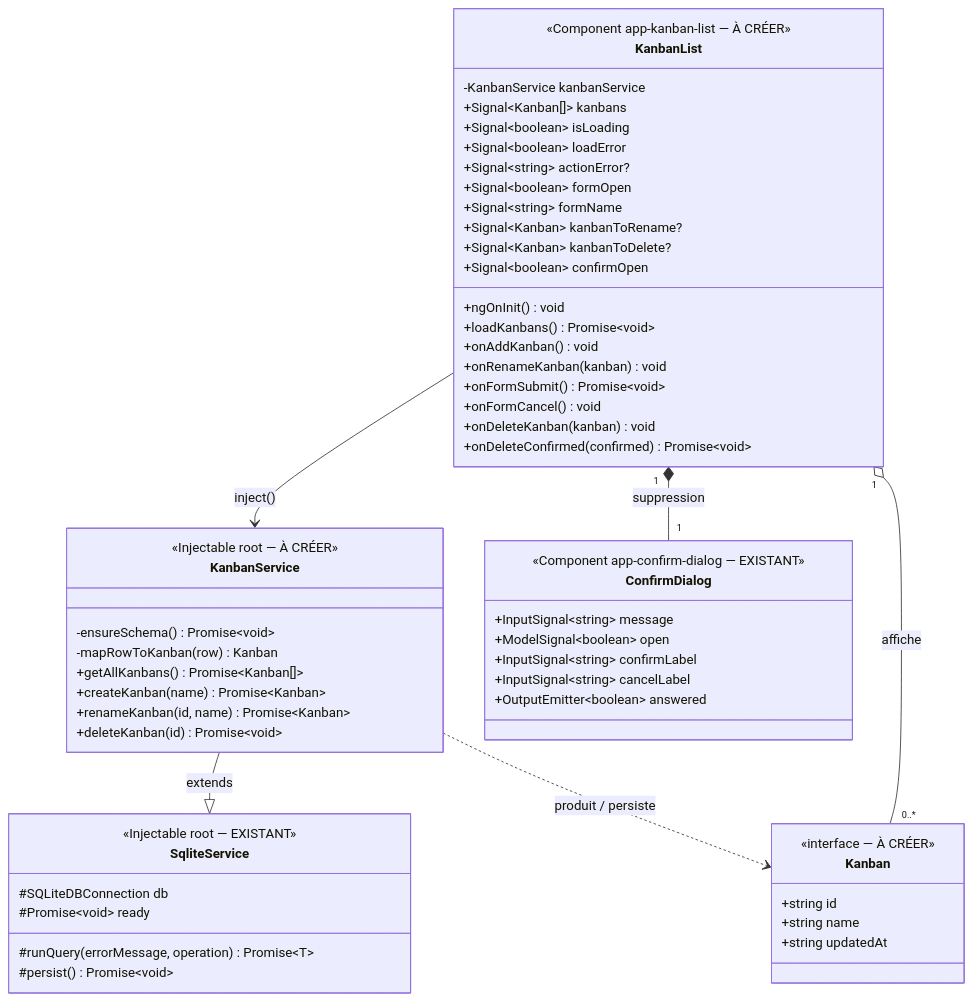
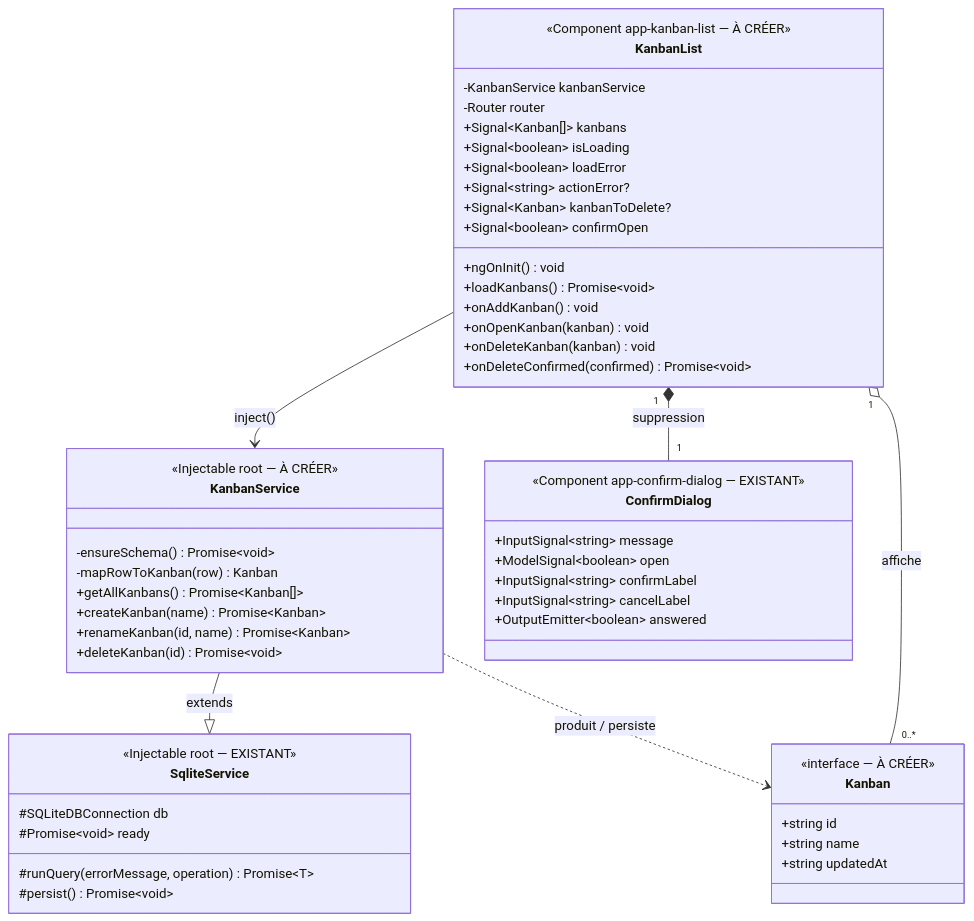
One commit to borismerminod/family-notes changed the diagram in .agent/KANBAN/CRUD/APPROCHE_KANBAN_CRUD.md. Above: the diagram before and after it, drawn with Mermaid. The commit also changed other lines of this file and 6 other files, not shown here.

````diff
--- a/.agent/KANBAN/CRUD/APPROCHE_KANBAN_CRUD.md
+++ b/.agent/KANBAN/CRUD/APPROCHE_KANBAN_CRUD.md
@@ -32,71 +35,67 @@
 ```mermaid
 classDiagram
     direction TB
 
     %% ---------- Modèle du domaine ----------
     class Kanban {
         <<interface — À CRÉER>>
         +string id
         +string name
         +string updatedAt
     }
 
     %% ---------- Services ----------
     class SqliteService {
         <<Injectable root — EXISTANT>>
         #SQLiteDBConnection db
         #Promise~void~ ready
         #runQuery(errorMessage, operation) Promise~T~
         #persist() Promise~void~
     }
 
     class KanbanService {
         <<Injectable root — À CRÉER>>
         -ensureSchema() Promise~void~
         -mapRowToKanban(row) Kanban
         +getAllKanbans() Promise~Kanban[]~
         +createKanban(name) Promise~Kanban~
         +renameKanban(id, name) Promise~Kanban~
         +deleteKanban(id) Promise~void~
     }
 
     %% ---------- Composants (UI) ----------
     class KanbanList {
         <<Component app-kanban-list — À CRÉER>>
         -KanbanService kanbanService
+        -Router router
         +Signal~Kanban[]~ kanbans
         +Signal~boolean~ isLoading
         +Signal~boolean~ loadError
         +Signal~string~ actionError?
-        +Signal~boolean~ formOpen
-        +Signal~string~ formName
-        +Signal~Kanban~ kanbanToRename?
         +Signal~Kanban~ kanbanToDelete?
         +Signal~boolean~ confirmOpen
         +ngOnInit() void
         +loadKanbans() Promise~void~
         +onAddKanban() void
-        +onRenameKanban(kanban) void
-        +onFormSubmit() Promise~void~
-        +onFormCancel() void
+        +onOpenKanban(kanban) void
         +onDeleteKanban(kanban) void
         +onDeleteConfirmed(confirmed) Promise~void~
     }
 
     class ConfirmDialog {
         <<Component app-confirm-dialog — EXISTANT>>
         +InputSignal~string~ message
         +ModelSignal~boolean~ open
         +InputSignal~string~ confirmLabel
         +InputSignal~string~ cancelLabel
         +OutputEmitter~boolean~ answered
     }
 
     %% ---------- Relations ----------
     KanbanService --|> SqliteService : extends
     KanbanService ..> Kanban : produit / persiste
 
     KanbanList --> KanbanService : inject()
     KanbanList "1" *-- "1" ConfirmDialog : suppression
     KanbanList "1" o-- "0..*" Kanban : affiche
 ```
````
